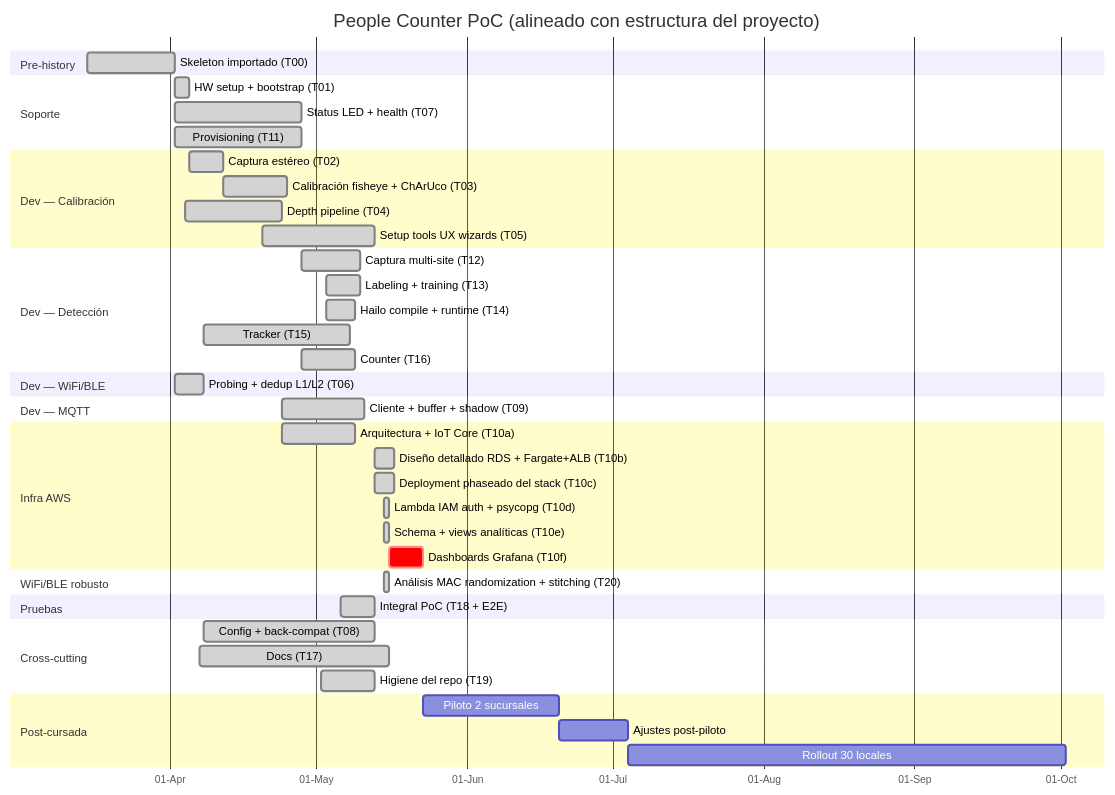
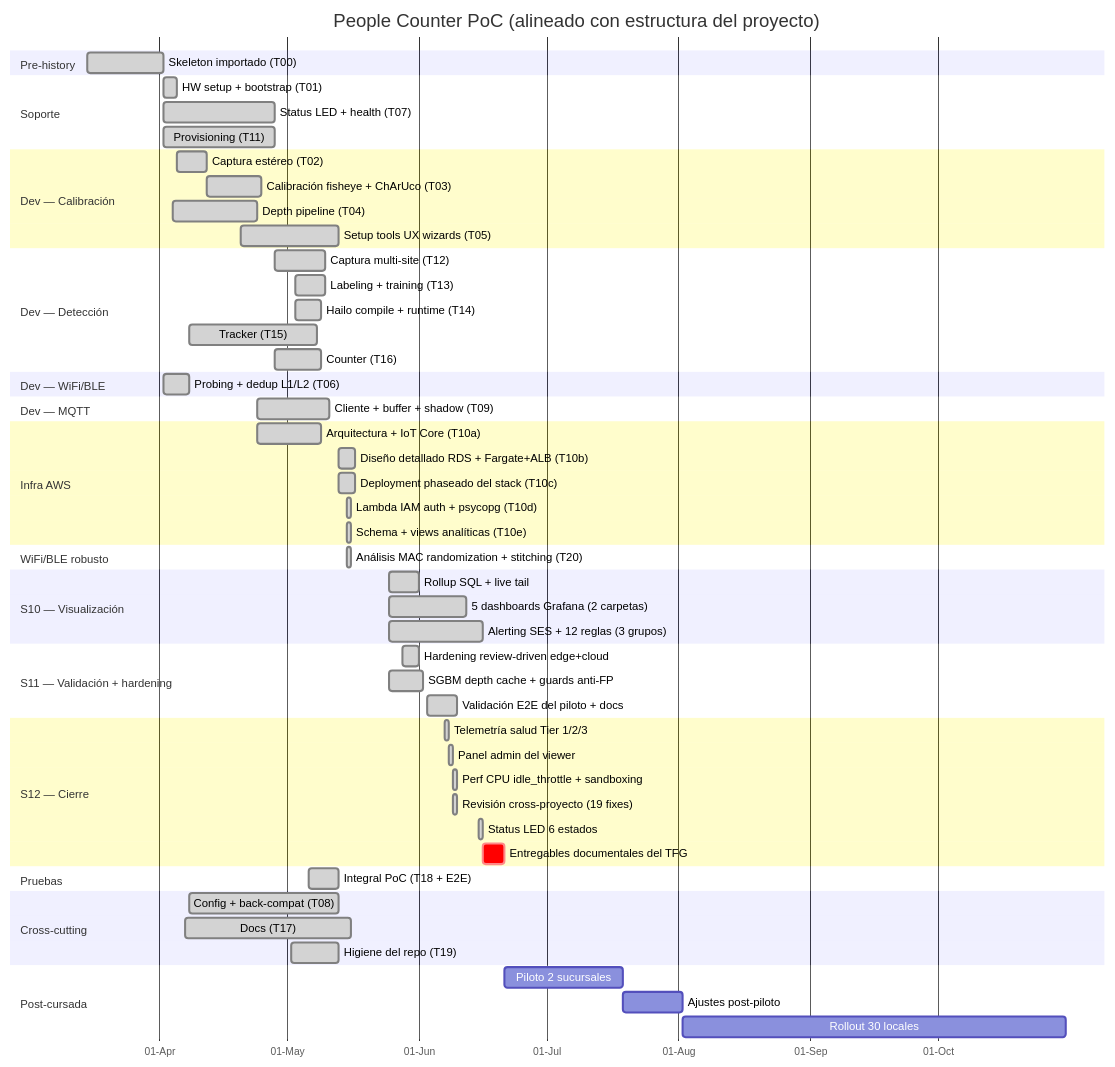
One commit to maurogasparri/people-counter changed the first of 2 diagrams in docs/project_gantt.md. Above: the diagram before and after it, drawn with Mermaid. The commit also changed other lines of this file, not shown here.

First line of the commit message:
[S11] docs(gantt): regenerar al cierre de S10/S11/S12 (177h efectivas)

````diff
--- a/docs/project_gantt.md
+++ b/docs/project_gantt.md
@@ -466,57 +483,74 @@
 ```mermaid
 gantt
     title People Counter PoC (alineado con estructura del proyecto)
     dateFormat YYYY-MM-DD
     axisFormat %d-%b
 
     section Pre-history
     Skeleton importado (T00)              :done, t00, 2026-03-15, 18d
 
     section Soporte
     HW setup + bootstrap (T01)            :done, t01, after t00, 3d
     Status LED + health (T07)             :done, t07, 2026-04-02, 26d
     Provisioning (T11)                    :done, t11, 2026-04-02, 26d
 
     section Dev — Calibración
     Captura estéreo (T02)                 :done, t02, after t01, 7d
     Calibración fisheye + ChArUco (T03)   :done, t03, after t02, 13d
     Depth pipeline (T04)                  :done, t04, 2026-04-04, 20d
     Setup tools UX wizards (T05)          :done, t05, 2026-04-20, 23d
 
     section Dev — Detección
     Captura multi-site (T12)              :done, t12, 2026-04-28, 12d
     Labeling + training (T13)             :done, t13, 2026-05-03, 7d
     Hailo compile + runtime (T14)         :done, t14, 2026-05-03, 6d
     Tracker (T15)                         :done, t15, 2026-04-08, 30d
     Counter (T16)                         :done, t16, 2026-04-28, 11d
 
     section Dev — WiFi/BLE
     Probing + dedup L1/L2 (T06)           :done, t06, 2026-04-02, 6d
 
     section Dev — MQTT
     Cliente + buffer + shadow (T09)       :done, t09, 2026-04-24, 17d
 
     section Infra AWS
     Arquitectura + IoT Core (T10a)        :done, t10a, 2026-04-24, 15d
     Diseño detallado RDS + Fargate+ALB (T10b) :done, t10b, 2026-05-13, 4d
     Deployment phaseado del stack (T10c)  :done, t10c, 2026-05-13, 4d
     Lambda IAM auth + psycopg (T10d)      :done, t10d, 2026-05-15, 1d
     Schema + views analíticas (T10e)      :done, t10e, 2026-05-15, 1d
-    Dashboards Grafana (T10f)             :crit, t10f, 2026-05-16, 7d
 
     section WiFi/BLE robusto
     Análisis MAC randomization + stitching (T20) :done, t20, 2026-05-15, 1d
+
+    section S10 — Visualización
+    Rollup SQL + live tail                :done, s10a, 2026-05-25, 7d
+    5 dashboards Grafana (2 carpetas)     :done, s10b, 2026-05-25, 18d
+    Alerting SES + 12 reglas (3 grupos)   :done, s10c, 2026-05-25, 22d
+
+    section S11 — Validación + hardening
+    Hardening review-driven edge+cloud    :done, s11a, 2026-05-28, 4d
+    SGBM depth cache + guards anti-FP     :done, s11b, 2026-05-25, 8d
+    Validación E2E del piloto + docs      :done, s11c, 2026-06-03, 7d
+
+    section S12 — Cierre
+    Telemetría salud Tier 1/2/3           :done, s12a, 2026-06-07, 1d
+    Panel admin del viewer                :done, s12b, 2026-06-08, 1d
+    Perf CPU idle_throttle + sandboxing   :done, s12c, 2026-06-09, 1d
+    Revisión cross-proyecto (19 fixes)    :done, s12d, 2026-06-09, 1d
+    Status LED 6 estados                  :done, s12e, 2026-06-15, 1d
+    Entregables documentales del TFG      :crit, s12f, 2026-06-16, 5d
 
     section Pruebas
     Integral PoC (T18 + E2E)              :done, t18, 2026-05-06, 7d
 
     section Cross-cutting
     Config + back-compat (T08)            :done, t08, 2026-04-08, 35d
     Docs (T17)                            :done, t17, 2026-04-07, 39d
     Higiene del repo (T19)                :done, t19, 2026-05-02, 11d
 
     section Post-cursada
-    Piloto 2 sucursales                   :pilot, after t10f, 28d
+    Piloto 2 sucursales                   :pilot, after s12f, 28d
     Ajustes post-piloto                   :adjust, after pilot, 14d
     Rollout 30 locales                    :rollout, after adjust, 90d
 ```
````
